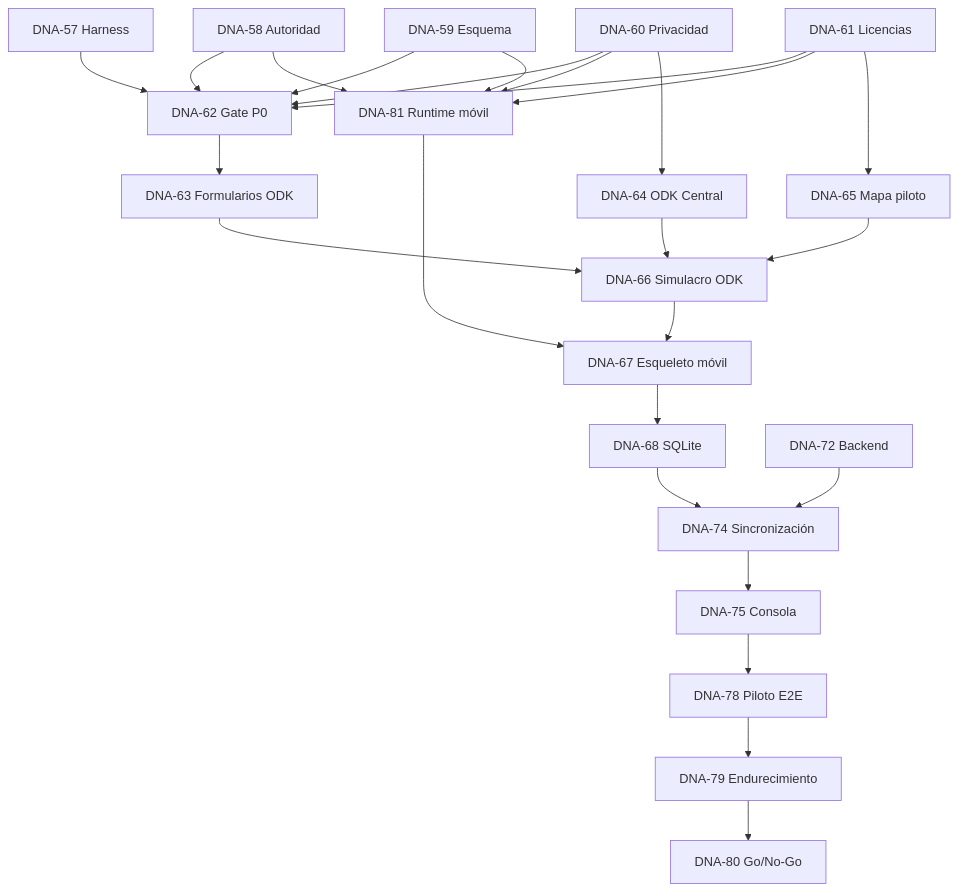
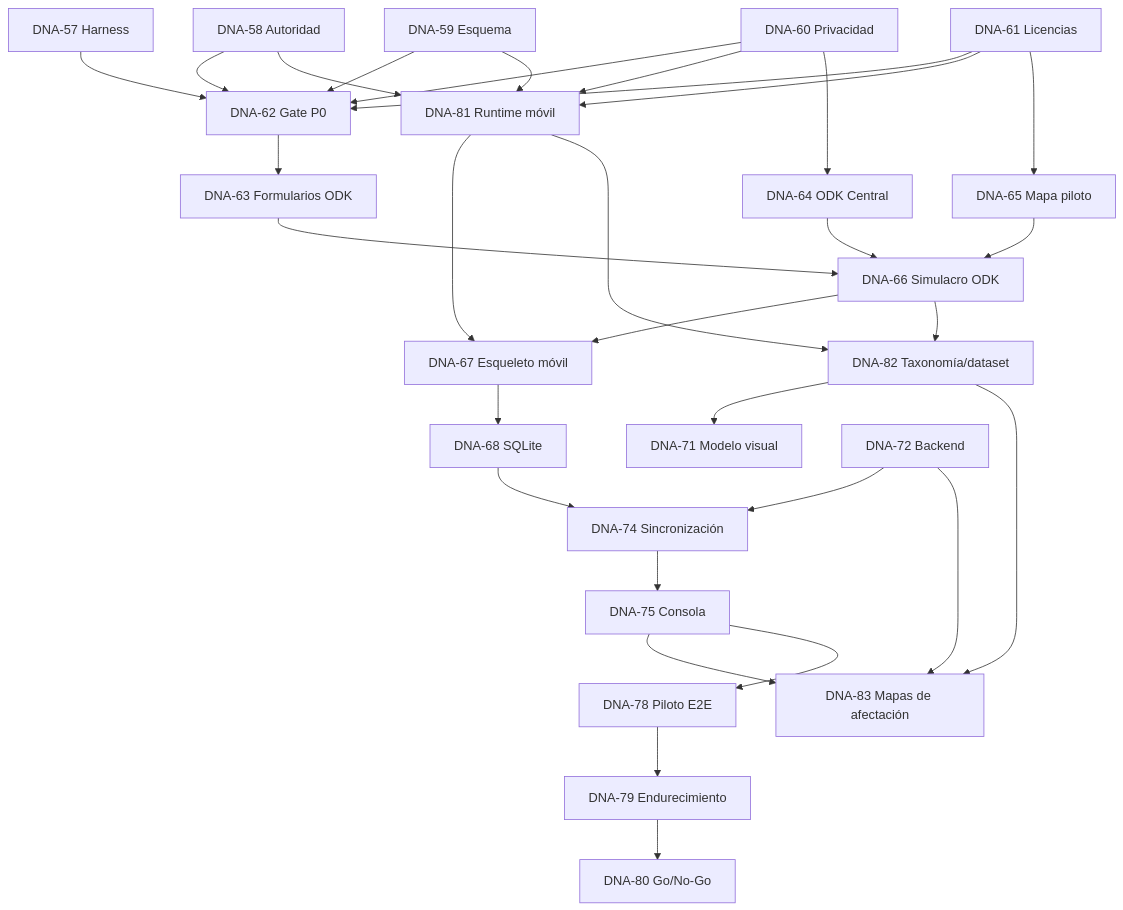
The diagram in docs/task-graph.md (julianAnibal/sistema-postsismo-ia-offline), drawn with Mermaid before and after one commit. The commit also changed other lines of this file and 8 other files, not shown here.

````diff
--- a/docs/task-graph.md
+++ b/docs/task-graph.md
@@ -15,27 +15,33 @@
 ```mermaid
 flowchart TD
   H["DNA-57 Harness"] --> G["DNA-62 Gate P0"]
   A["DNA-58 Autoridad"] --> G
   S["DNA-59 Esquema"] --> G
   P["DNA-60 Privacidad"] --> G
   L["DNA-61 Licencias"] --> G
   A --> U["DNA-81 Runtime móvil"]
   S --> U
   P --> U
   L --> U
   G --> F["DNA-63 Formularios ODK"]
   P --> C["DNA-64 ODK Central"]
   L --> M["DNA-65 Mapa piloto"]
   F --> O["DNA-66 Simulacro ODK"]
   C --> O
   M --> O
   O --> R["DNA-67 Esqueleto móvil"]
   U --> R
+  O --> T["DNA-82 Taxonomía/dataset"]
+  U --> T
+  T --> I["DNA-71 Modelo visual"]
   R --> D["DNA-68 SQLite"]
   D --> Y["DNA-74 Sincronización"]
   B["DNA-72 Backend"] --> Y
   Y --> W["DNA-75 Consola"]
+  T --> K["DNA-83 Mapas de afectación"]
+  B --> K
+  W --> K
   W --> E["DNA-78 Piloto E2E"]
   E --> X["DNA-79 Endurecimiento"]
   X --> N["DNA-80 Go/No-Go"]
 ```
````
